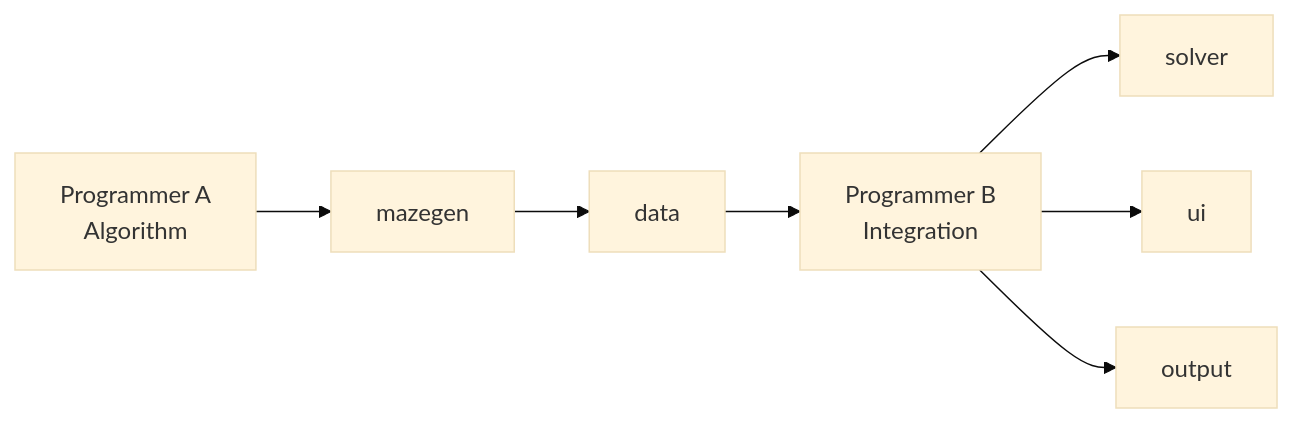
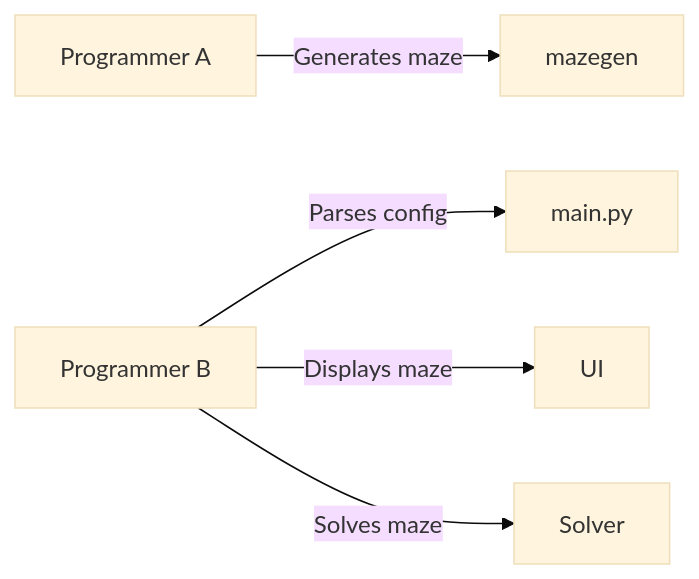
One commit to Gefolgwar/A-Maze-ing changed the second of 2 diagrams in README.md. Above: the diagram before and after it, drawn with Mermaid (base theme). The commit also changed other lines of this file, not shown here.

````diff
--- a/README.md
+++ b/README.md
@@ -119,9 +127,7 @@
 ```mermaid
 flowchart LR
-    A[Programmer A\nAlgorithm] --> B[mazegen]
-    B --> C[data]
-    C --> D[Programmer B\nIntegration]
-    D --> E[solver]
-    D --> F[ui]
-    D --> G[output]
+    A[Programmer A] -->|Generates maze| B[mazegen]
+    C[Programmer B] -->|Parses config| D[main.py]
+    C -->|Displays maze| E[UI]
+    C -->|Solves maze| F[Solver]
 ```
````
